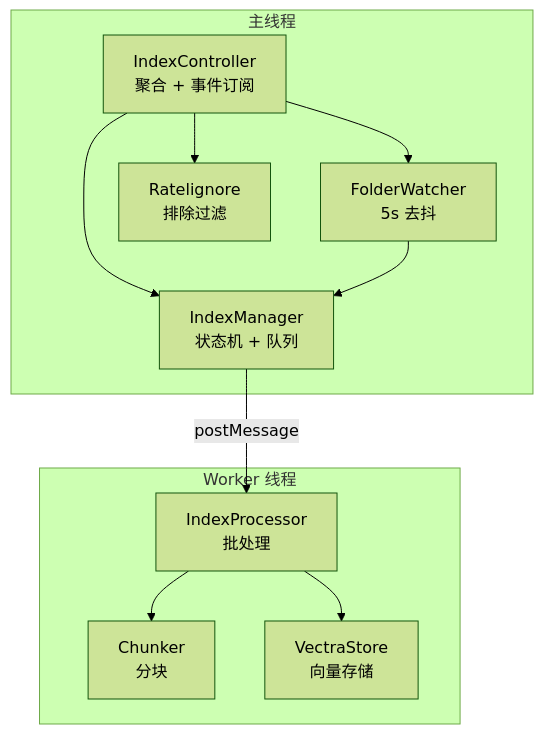
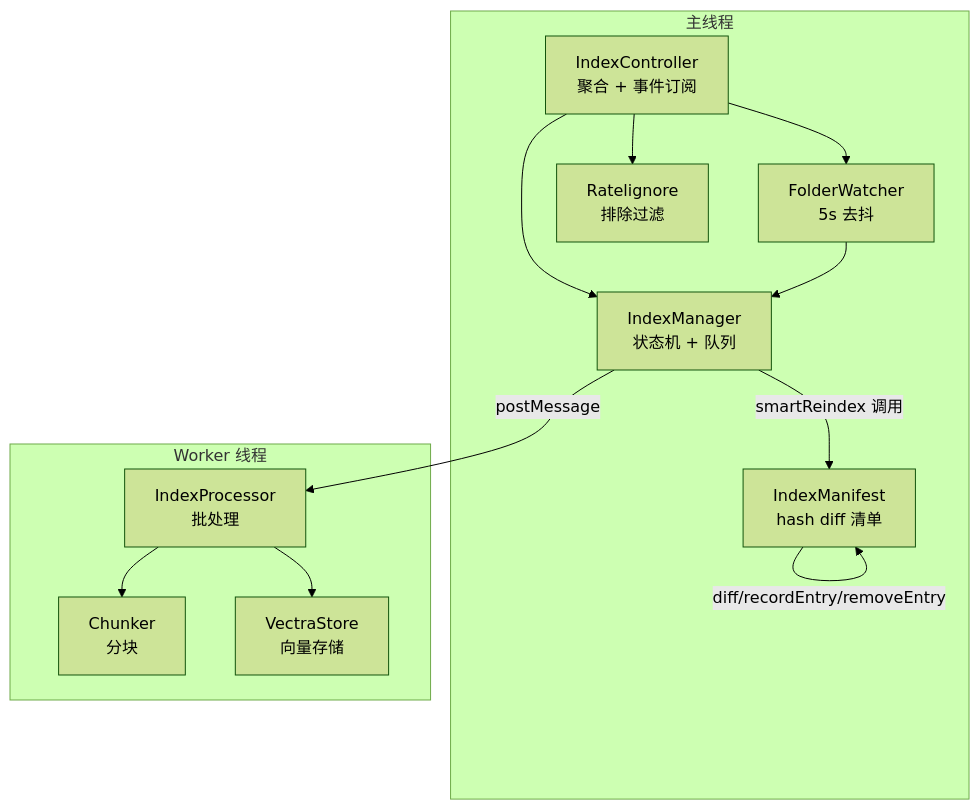
Before and after one commit to golddream-y/obsidian-ratel: the eighth of 8 diagrams in docs/architecture/rag/vector-index.md, drawn with Mermaid (forest theme). The commit also changed other lines of this file and 16 other files, not shown here.

````diff
--- a/docs/architecture/rag/vector-index.md
+++ b/docs/architecture/rag/vector-index.md
@@ -278,23 +352,26 @@
 ```mermaid
 graph TB
     subgraph "主线程"
         IC["IndexController<br/>聚合 + 事件订阅"]
         IM["IndexManager<br/>状态机 + 队列"]
         FW["FolderWatcher<br/>5s 去抖"]
         RI["Ratelignore<br/>排除过滤"]
+        MF["IndexManifest<br/>hash diff 清单"]
     end
 
     subgraph "Worker 线程"
         IP["IndexProcessor<br/>批处理"]
         CK["Chunker<br/>分块"]
         VS["VectraStore<br/>向量存储"]
     end
 
     IC --> IM
     IC --> FW
     IC --> RI
     FW --> IM
+    IM -->|"smartReindex 调用"| MF
+    MF -->|"diff/recordEntry/removeEntry"| MF
     IM -->|"postMessage"| IP
     IP --> CK
     IP --> VS
 ```
````
